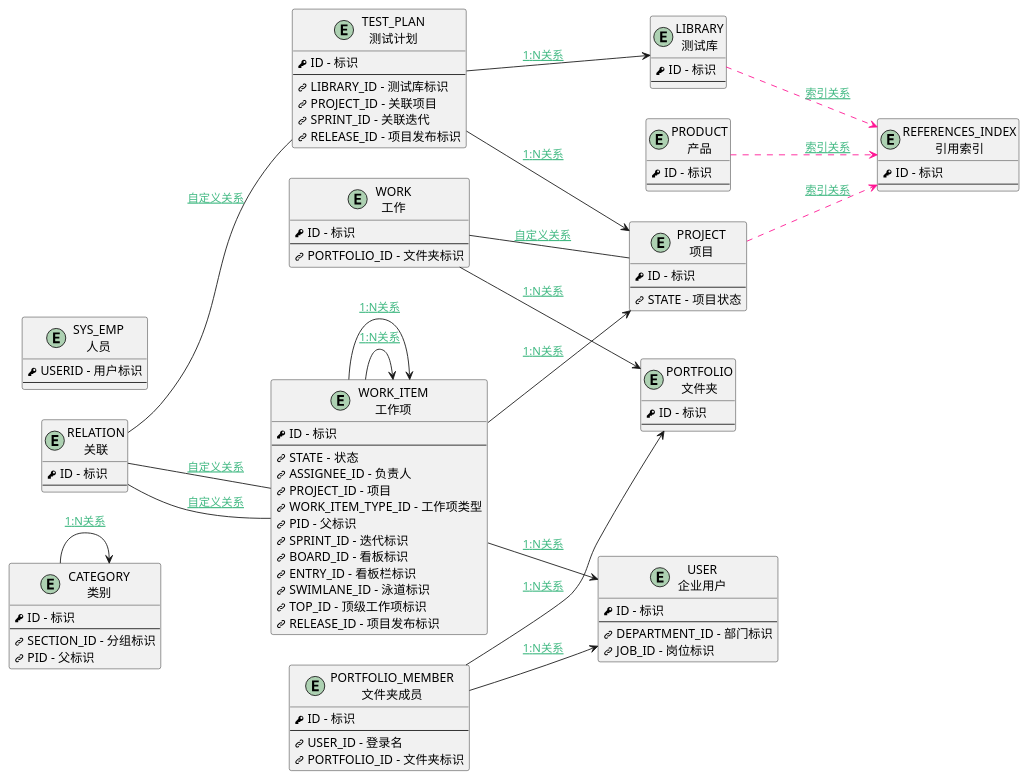
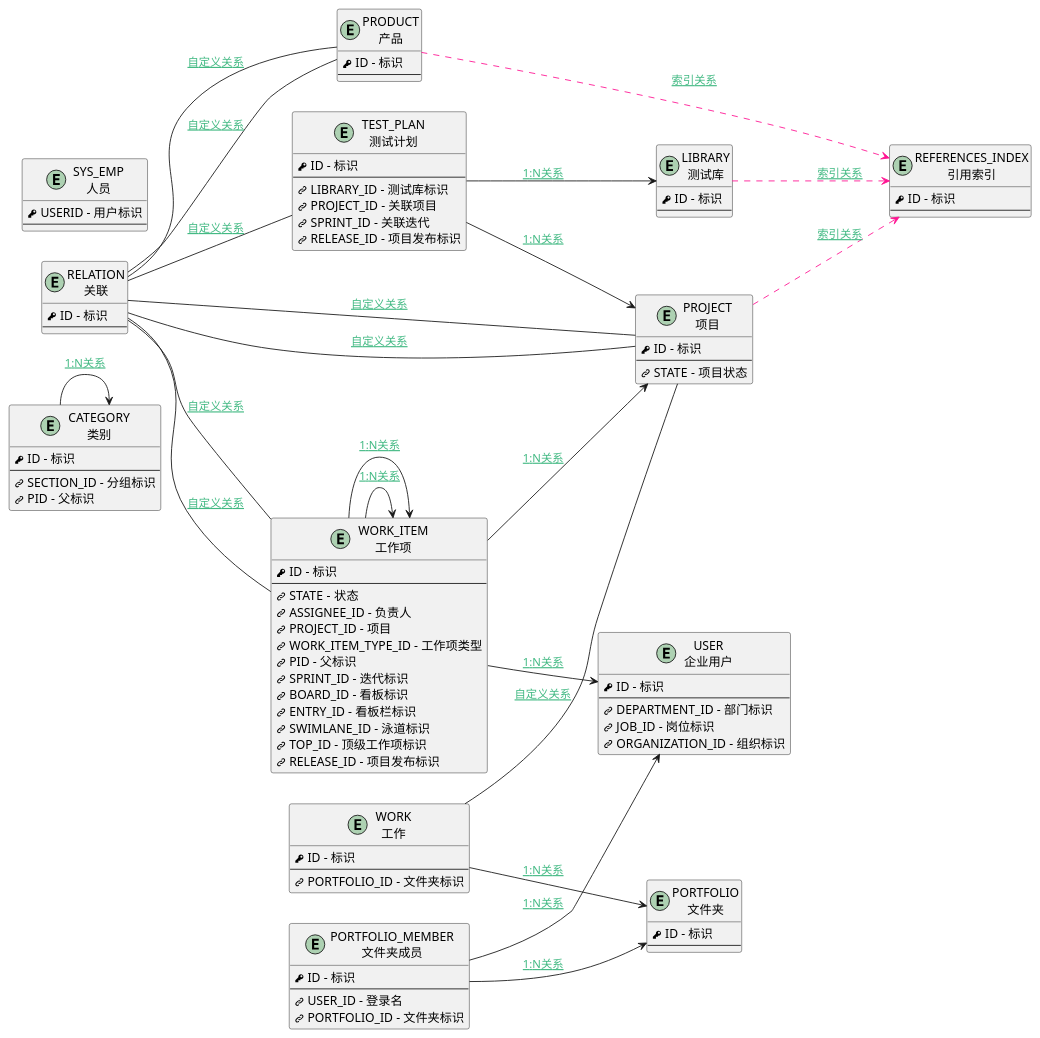
The diagram in doc/docsify/er/base_relation.md (iBizLab/plm), drawn with PlantUML before and after one commit. The commit also changed 977 other files, not shown here.

````diff
--- a/doc/docsify/er/base_relation.md
+++ b/doc/docsify/er/base_relation.md
@@ -4,5 +4,6 @@
 ```plantuml
 @startuml
+skinparam svgLinkTarget _blank
 <style>
 root {
   HyperlinkColor #42b983
@@ -64,6 +65,7 @@
         --
         <&link-intact> DEPARTMENT_ID - 部门标识
         <&link-intact> JOB_ID - 岗位标识
+        <&link-intact> ORGANIZATION_ID - 组织标识
 }
 entity "WORK\n工作" as WORK [[$../module/Base/work {工作}]] {
         <&key> ID - 标识
@@ -90,8 +92,12 @@
 TEST_PLAN--> LIBRARY : [[$../der/DER1N_TEST_PLAN_LIBRARY_LIBRARY_ID{DER1N_TEST_PLAN_LIBRARY_LIBRARY_ID} 1:N关系]]
 PORTFOLIO_MEMBER--> PORTFOLIO : [[$../der/DER1N_PORTFOLIO_MEMBER_PORTFOLIO_PORTFOLIO_ID{DER1N_PORTFOLIO_MEMBER_PORTFOLIO_PORTFOLIO_ID} 1:N关系]]
 WORK--> PORTFOLIO : [[$../der/DER1N_WORK_PORTFOLIO_PORTFOLIO_ID{DER1N_WORK_PORTFOLIO_PORTFOLIO_ID} 1:N关系]]
+RELATION-- PRODUCT : [[$../der/DERCUSTOM_RELATION_PRODUCT{DERCUSTOM_RELATION_PRODUCT} 自定义关系]]
+RELATION-- PRODUCT : [[$../der/DERCUSTOM_RELATION_TARGET_PRODUCT{DERCUSTOM_RELATION_TARGET_PRODUCT} 自定义关系]]
 TEST_PLAN--> PROJECT : [[$../der/DER1N_TEST_PLAN_PROJECT_PROJECT_ID{DER1N_TEST_PLAN_PROJECT_PROJECT_ID} 1:N关系]]
 WORK_ITEM--> PROJECT : [[$../der/DER1N_WORK_ITEM_PROJECT_PROJECT_ID{DER1N_WORK_ITEM_PROJECT_PROJECT_ID} 1:N关系]]
+RELATION-- PROJECT : [[$../der/DERCUSTOM_RELATION_PROJECT{DERCUSTOM_RELATION_PROJECT} 自定义关系]]
+RELATION-- PROJECT : [[$../der/DERCUSTOM_RELATION_TARGET_PROJECT{DERCUSTOM_RELATION_TARGET_PROJECT} 自定义关系]]
 WORK-- PROJECT : [[$../der/DERCUSTOM_WORK_PROJECT_PILOT_ID{DERCUSTOM_WORK_PROJECT_PILOT_ID} 自定义关系]]
 LIBRARY.[#deeppink].> REFERENCES_INDEX : [[$../der/DERINDEX_LIBRARY_REFERENCES_INDEX{DERINDEX_LIBRARY_REFERENCES_INDEX} 索引关系]]
 PRODUCT.[#deeppink].> REFERENCES_INDEX : [[$../der/DERINDEX_PRODUCT_REFERENCES_INDEX{DERINDEX_PRODUCT_REFERENCES_INDEX} 索引关系]]
````
